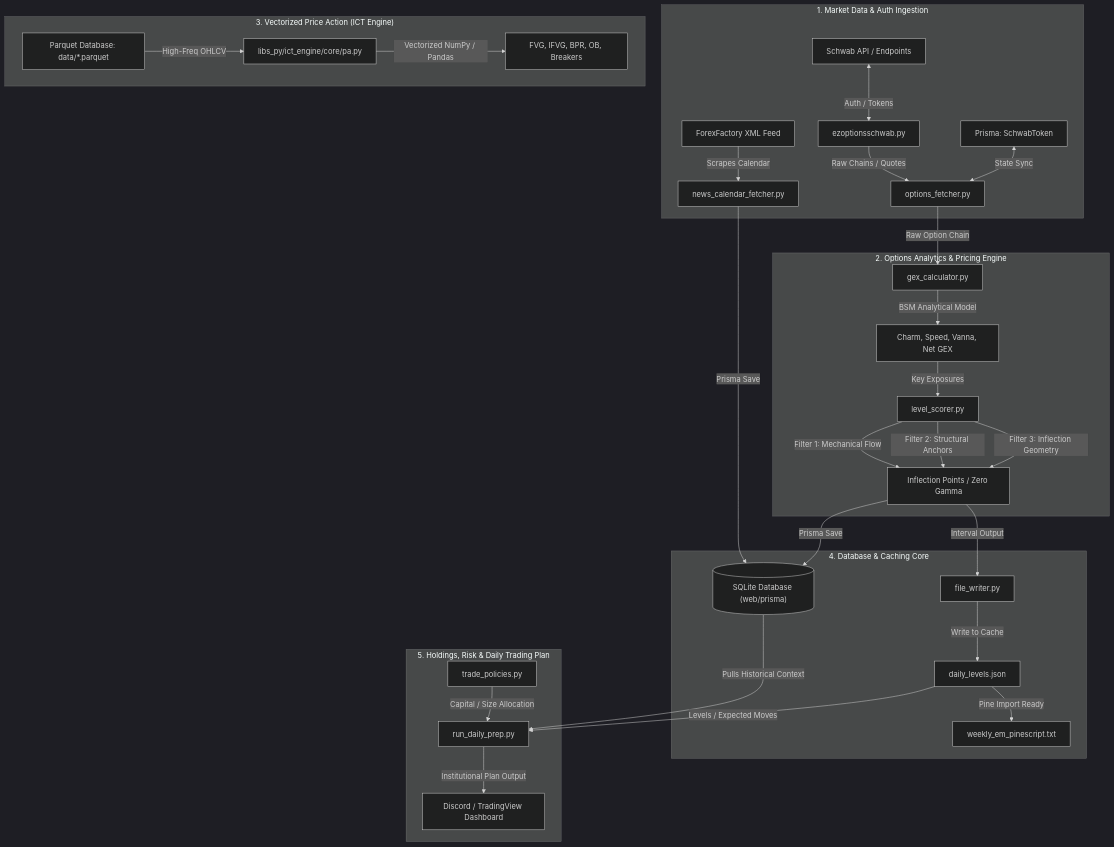
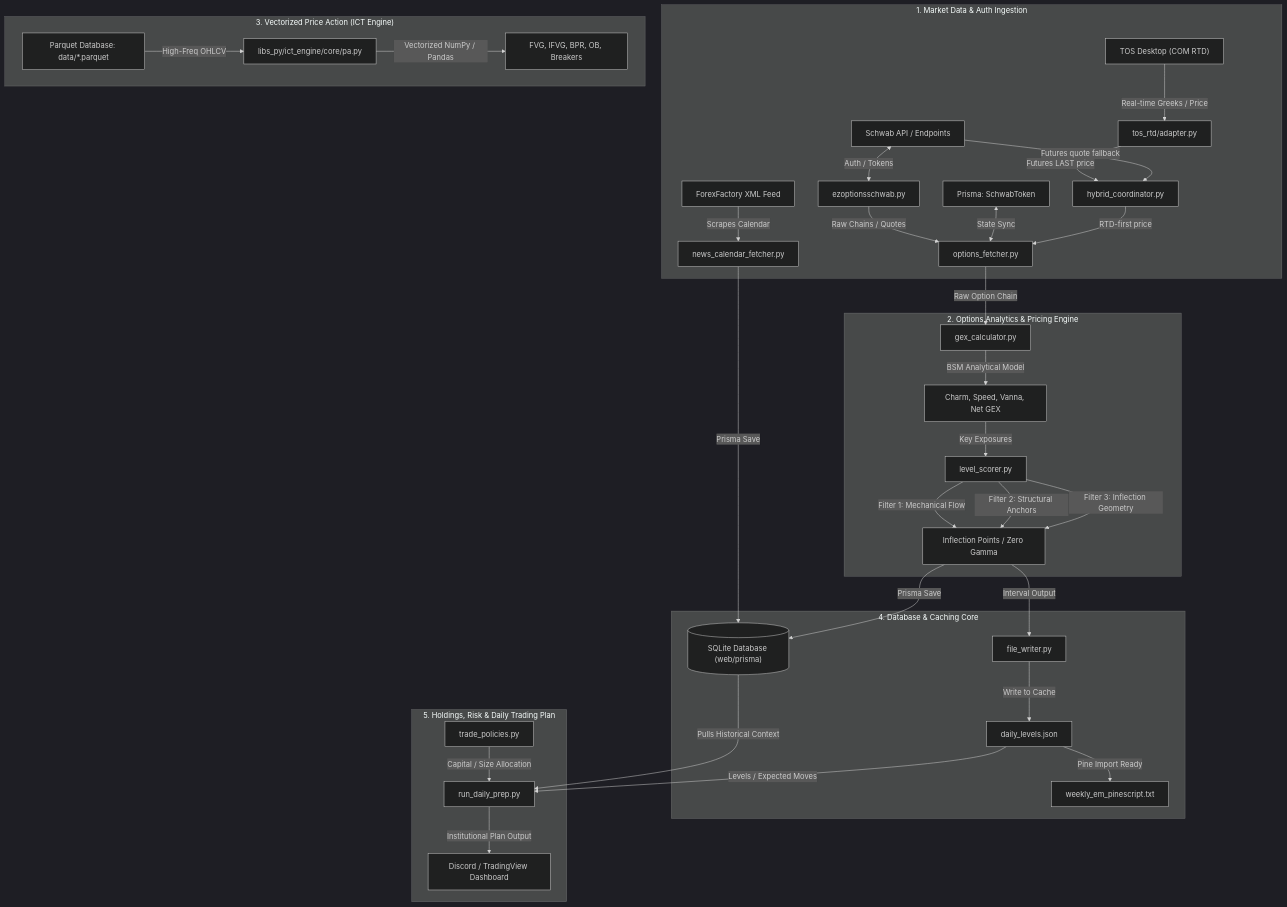
One commit to vinay-veerappa/tvDownloadOHLC changed the first of 2 diagrams in docs/OPTIONS_INVENTORY.md. Above: the diagram before and after it, drawn with Mermaid (dark theme). The commit also changed other lines of this file and 1 other file, not shown here.

First line of the commit message:
docs: document TOS RTD integration in OPTIONS_INVENTORY.md and CLAUDE.md

````diff
--- a/docs/OPTIONS_INVENTORY.md
+++ b/docs/OPTIONS_INVENTORY.md
@@ -18,38 +19,42 @@
 ```mermaid
 flowchart TD
     subgraph DATA_INGEST["1. Market Data & Auth Ingestion"]
         SchwabAPI["Schwab API / Endpoints"] <--> |Auth / Tokens| ezSchwab["ezoptionsschwab.py"]
         ezSchwab --> |Raw Chains / Quotes| Fetcher["options_fetcher.py"]
         PrismaToken["Prisma: SchwabToken"] <--> |State Sync| Fetcher
         ForexFactory["ForexFactory XML Feed"] --> |Scrapes Calendar| NewsScraper["news_calendar_fetcher.py"]
+        TOSDesktop["TOS Desktop (COM RTD)"] --> |Real-time Greeks / Price| RTDAdapter["tos_rtd/adapter.py"]
+        RTDAdapter --> |Futures LAST price| HybridCoord["hybrid_coordinator.py"]
+        SchwabAPI --> |Futures quote fallback| HybridCoord
+        HybridCoord --> |RTD-first price| Fetcher
     end
 
     subgraph QUANT_MATH["2. Options Analytics & Pricing Engine"]
         Fetcher --> |Raw Option Chain| GexCalc["gex_calculator.py"]
         GexCalc --> |BSM Analytical Model| Greeks["Charm, Speed, Vanna, Net GEX"]
         Greeks --> |Key Exposures| Scorer["level_scorer.py"]
         Scorer --> |Filter 1: Mechanical Flow| Triage["Mechanical Walls"]
         Scorer --> |Filter 2: Structural Anchors| Triage["Structural Anchors"]
         Scorer --> |Filter 3: Inflection Geometry| Triage["Inflection Points / Zero Gamma"]
     end
 
     subgraph HIGH_PERF_PA["3. Vectorized Price Action (ICT Engine)"]
         ParquetFiles["Parquet Database: data/*.parquet"] --> |High-Freq OHLCV| PALib["libs_py/ict_engine/core/pa.py"]
         PALib --> |Vectorized NumPy / Pandas| PACalcs["FVG, IFVG, BPR, OB, Breakers"]
     end
 
     subgraph DATA_PERSIST["4. Database & Caching Core"]
         NewsScraper --> |Prisma Save| SQLiteDB[("SQLite Database (web/prisma)")]
         Triage --> |Interval Output| FileWriter["file_writer.py"]
         FileWriter --> |Write to Cache| DailyLevelsJSON["daily_levels.json"]
         DailyLevelsJSON --> |Pine Import Ready| WeeklyEMTxt["weekly_em_pinescript.txt"]
         Triage --> |Prisma Save| SQLiteDB
     end
 
     subgraph EXEC_PLAN["5. Holdings, Risk & Daily Trading Plan"]
         SQLiteDB --> |Pulls Historical Context| Prep["run_daily_prep.py"]
         DailyLevelsJSON --> |Levels / Expected Moves| Prep
         RiskPolicies["trade_policies.py"] --> |Capital / Size Allocation| Prep
         Prep --> |Institutional Plan Output| Discord["Discord / TradingView Dashboard"]
     end
 ```
````
